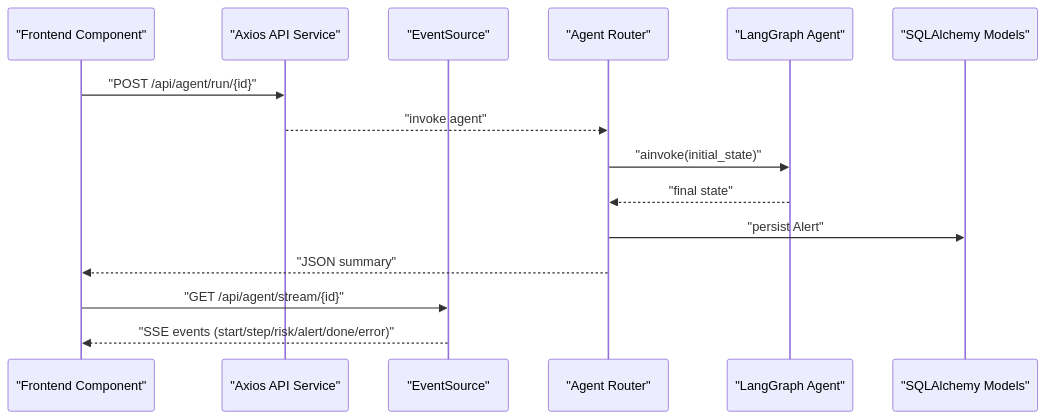
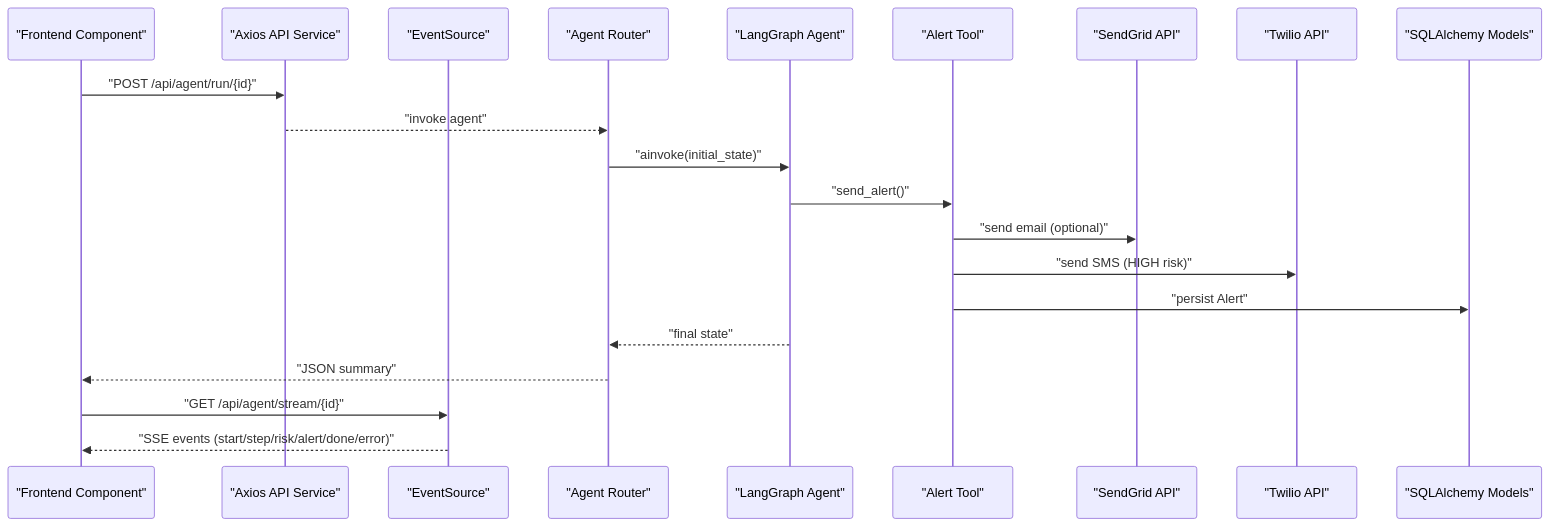
The second of 8 diagrams in .qoder/repowiki/en/content/Development Guidelines/Testing Strategies and Quality Assurance.md (ishwarambare/ishwarambare-app), drawn with Mermaid before and after one commit. The commit also changed other lines of this file and 4 other files, not shown here.

````diff
--- a/.qoder/repowiki/en/content/Development Guidelines/Testing Strategies and Quality Assurance.md
+++ b/.qoder/repowiki/en/content/Development Guidelines/Testing Strategies and Quality Assurance.md
@@ -113,17 +153,23 @@
 ```mermaid
 sequenceDiagram
 participant FE as "Frontend Component"
 participant API as "Axios API Service"
 participant SSE as "EventSource"
 participant Router as "Agent Router"
 participant Graph as "LangGraph Agent"
+participant AlertTool as "Alert Tool"
+participant SendGrid as "SendGrid API"
+participant Twilio as "Twilio API"
 participant DB as "SQLAlchemy Models"
 FE->>API : "POST /api/agent/run/{id}"
 API-->>Router : "invoke agent"
 Router->>Graph : "ainvoke(initial_state)"
+Graph->>AlertTool : "send_alert()"
+AlertTool->>SendGrid : "send email (optional)"
+AlertTool->>Twilio : "send SMS (HIGH risk)"
+AlertTool->>DB : "persist Alert"
 Graph-->>Router : "final state"
-Router->>DB : "persist Alert"
 Router-->>FE : "JSON summary"
 FE->>SSE : "GET /api/agent/stream/{id}"
 SSE-->>FE : "SSE events (start/step/risk/alert/done/error)"
 ```
````
